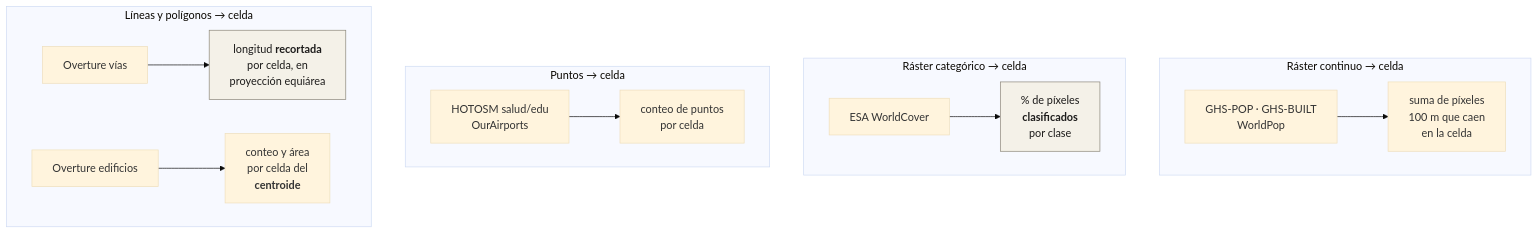
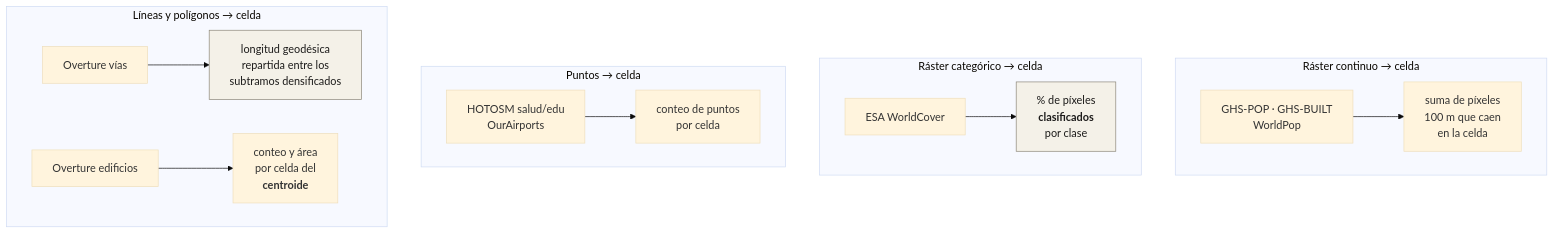
The first of 3 diagrams in docs/datos/agregaciones.md (sforero77/CENTINELA), drawn with Mermaid (base theme) before and after one commit. The commit also changed other lines of this file and 31 other files, not shown here.

````diff
--- a/docs/datos/agregaciones.md
+++ b/docs/datos/agregaciones.md
@@ -9,19 +9,19 @@
 ```mermaid
 flowchart TB
   subgraph R["Ráster continuo → celda"]
     R1["GHS-POP · GHS-BUILT<br/>WorldPop"] --> R2["suma de píxeles<br/>100 m que caen<br/>en la celda"]
   end
   subgraph RC["Ráster categórico → celda"]
     RC1["ESA WorldCover"] --> RC2["% de píxeles<br/><b>clasificados</b><br/>por clase"]
   end
   subgraph P["Puntos → celda"]
     P1["HOTOSM salud/edu<br/>OurAirports"] --> P2["conteo de puntos<br/>por celda"]
   end
   subgraph L["Líneas y polígonos → celda"]
-    L1["Overture vías"] --> L2["longitud <b>recortada</b><br/>por celda, en<br/>proyección equiárea"]
+    L1["Overture vías"] --> L2["longitud geodésica<br/>repartida entre los<br/>subtramos densificados"]
     L3["Overture edificios"] --> L4["conteo y área<br/>por celda del<br/><b>centroide</b>"]
   end
 
   style RC2 fill:#f4f1e8,stroke:#8a8578,color:#1c1b1a
   style L2 fill:#f4f1e8,stroke:#8a8578,color:#1c1b1a
 ```
````
